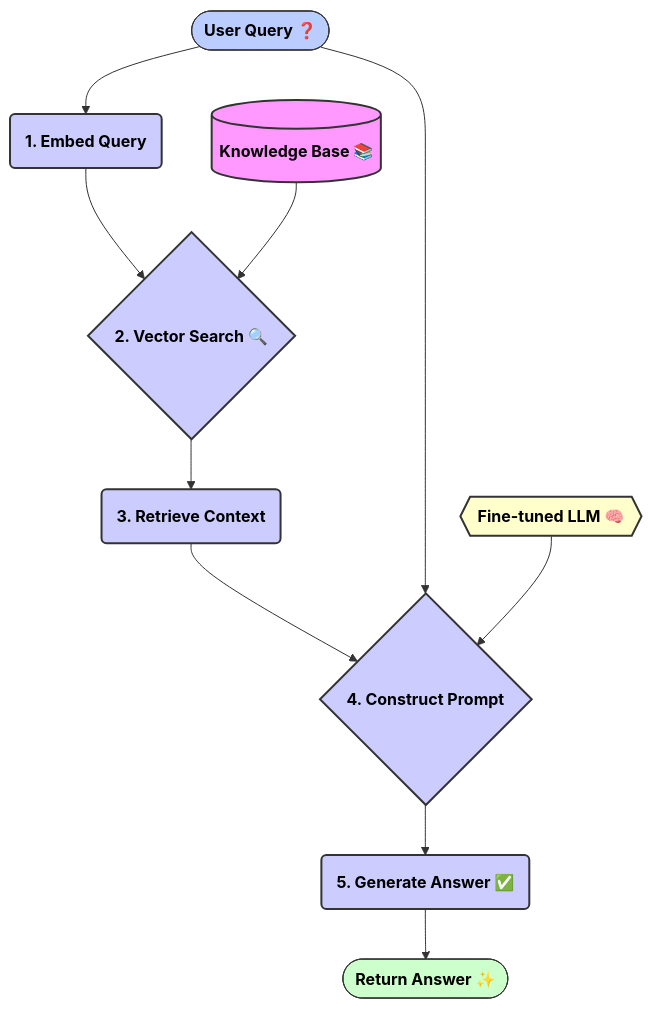
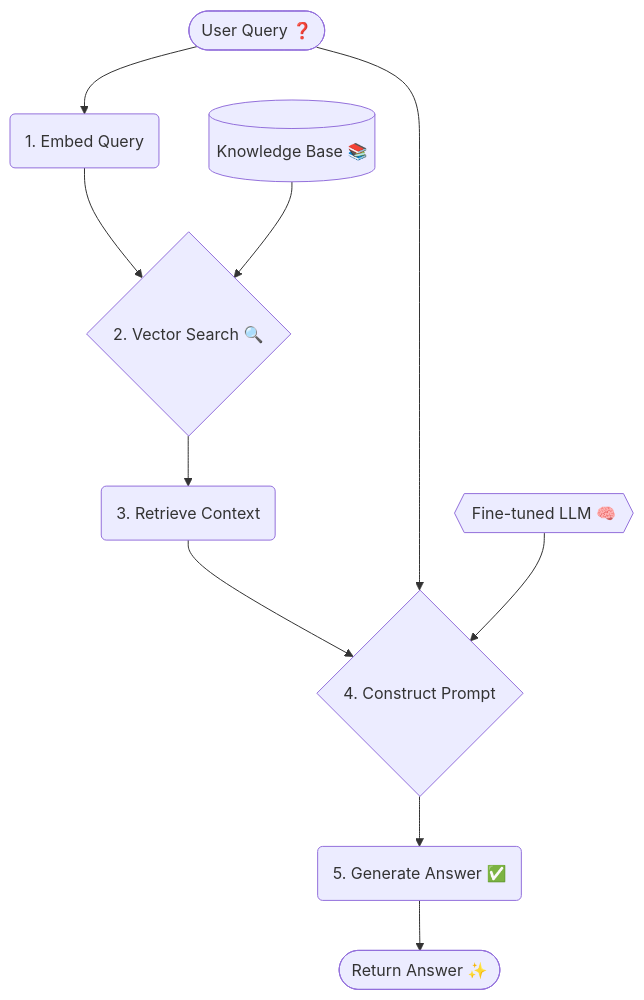
Before and after one commit to MakotoUwu/healthcare-rag: the diagram in README.md, drawn with Mermaid.

Commit message:
Refactor: Simplify Mermaid diagram for compatibility

````diff
--- a/README.md
+++ b/README.md
@@ -18,28 +18,12 @@
 ```mermaid
 graph TD
-    classDef data fill:#f9f,stroke:#333,stroke-width:2px,font-weight:bold,color:#000;
-    classDef process fill:#ccf,stroke:#333,stroke-width:2px,font-weight:bold,color:#000;
-    classDef model fill:#ffc,stroke:#333,stroke-width:2px,font-weight:bold,color:#000;
-    classDef input fill:#bcf,stroke:#333,stroke-width:1px,font-weight:bold,color:#000;
-    classDef output fill:#cfc,stroke:#333,stroke-width:1px,font-weight:bold,color:#000;
-
-    A([User Query ❓]):::input
-    B(1. Embed Query):::process
-    C{2. Vector Search 🔍}:::process
-    D[(Knowledge Base 📚)]:::data
-    E(3. Retrieve Context):::process
-    F{4. Construct Prompt}:::process
-    G{{Fine-tuned LLM 🧠}}:::model
-    H(5. Generate Answer ✅):::process
-    I([Return Answer ✨]):::output
-
-    A --> B;
-    B --> C;
-    D --> C;
-    C --> E;
-    E --> F;
+    A([User Query ❓]) --> B(1. Embed Query);
+    B --> C{2. Vector Search 🔍};
+    D[(Knowledge Base 📚)] --> C;
+    C --> E(3. Retrieve Context);
+    E --> F{4. Construct Prompt};
     A --> F;
-    G --> F;
-    F --> H;
-    H --> I;
+    G{{Fine-tuned LLM 🧠}} --> F;
+    F --> H(5. Generate Answer ✅);
+    H --> I([Return Answer ✨]);
 ```
````
